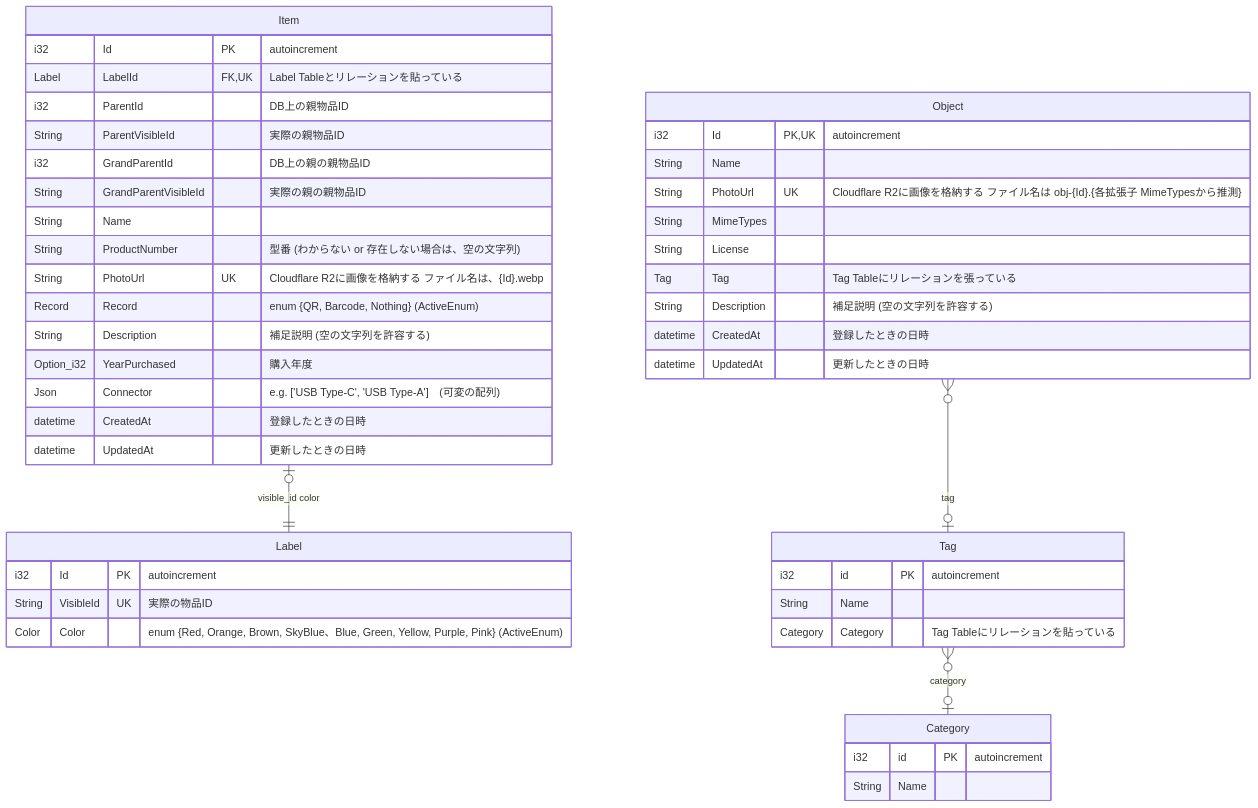
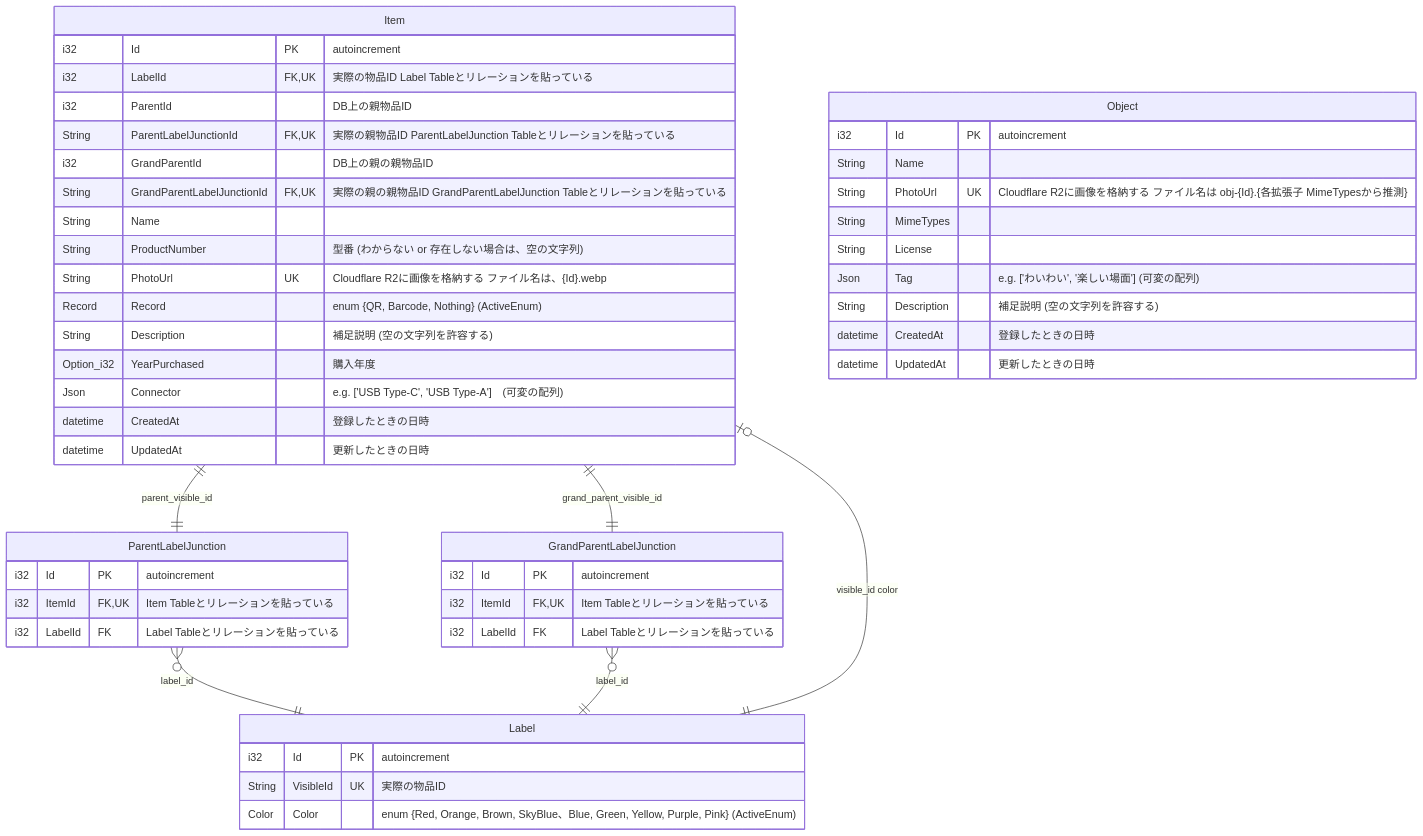
Before and after one commit to Myxogastria0808/DashiShoyu: the first of 2 diagrams in README.md, drawn with Mermaid. The commit also changed other lines of this file, not shown here.

````diff
--- a/README.md
+++ b/README.md
@@ -190,49 +190,52 @@
 ```mermaid
 erDiagram
+    Item ||--|| ParentLabelJunction : "parent_visible_id"
+    Item ||--|| GrandParentLabelJunction : "grand_parent_visible_id"
+    ParentLabelJunction }o--|| Label : "label_id"
+    GrandParentLabelJunction }o--|| Label : "label_id"
     Item |o--|| Label : "visible_id color"
     Item {
         i32 Id PK "autoincrement"
-        Label LabelId FK, UK "Label Tableとリレーションを貼っている"
+        i32 LabelId FK, UK "実際の物品ID Label Tableとリレーションを貼っている"
         i32 ParentId "DB上の親物品ID"
-        String ParentVisibleId "実際の親物品ID"
+        String ParentLabelJunctionId FK, UK "実際の親物品ID ParentLabelJunction Tableとリレーションを貼っている"
         i32 GrandParentId "DB上の親の親物品ID"
-        String GrandParentVisibleId "実際の親の親物品ID"
+        String GrandParentLabelJunctionId FK, UK "実際の親の親物品ID GrandParentLabelJunction Tableとリレーションを貼っている"
         String Name
         String ProductNumber "型番 (わからない or 存在しない場合は、空の文字列)"
         String PhotoUrl UK "Cloudflare R2に画像を格納する ファイル名は、{Id}.webp"
         Record Record "enum {QR, Barcode, Nothing} (ActiveEnum)"
         String Description　"補足説明 (空の文字列を許容する)"
         Option_i32 YearPurchased "購入年度"
         Json Connector　"e.g. ['USB Type-C', 'USB Type-A']　(可変の配列)"
         datetime CreatedAt "登録したときの日時"
         datetime UpdatedAt "更新したときの日時"
     }
+    ParentLabelJunction {
+        i32 Id PK "autoincrement"
+        i32 ItemId FK, UK "Item Tableとリレーションを貼っている"
+        i32 LabelId FK "Label Tableとリレーションを貼っている"
+    }
+    GrandParentLabelJunction {
+        i32 Id PK "autoincrement"
+        i32 ItemId FK, UK "Item Tableとリレーションを貼っている"
+        i32 LabelId FK "Label Tableとリレーションを貼っている"
+    }
     Label {
         i32 Id PK "autoincrement"
         String VisibleId UK "実際の物品ID"
         Color Color "enum {Red, Orange, Brown, SkyBlue、Blue, Green, Yellow, Purple, Pink} (ActiveEnum)"
     }
 
-    Object }o--o| Tag : tag
-    Tag }o--o| Category : category
     Object {
-        i32 Id PK, UK "autoincrement"
+        i32 Id PK "autoincrement"
         String Name
         String PhotoUrl UK "Cloudflare R2に画像を格納する ファイル名は obj-{Id}.{各拡張子 MimeTypesから推測}"
         String MimeTypes
         String License
-        Tag Tag "Tag Tableにリレーションを張っている"
+        Json Tag "e.g. ['わいわい', '楽しい場面'] (可変の配列)"
         String Description "補足説明 (空の文字列を許容する)"
         datetime CreatedAt "登録したときの日時"
         datetime UpdatedAt "更新したときの日時"
     }
-    Tag {
-        i32 id PK "autoincrement"
-        String Name
-        Category Category "Tag Tableにリレーションを貼っている"
-    }
-    Category {
-        i32 id PK "autoincrement"
-        String Name
-    }
 ```
````
